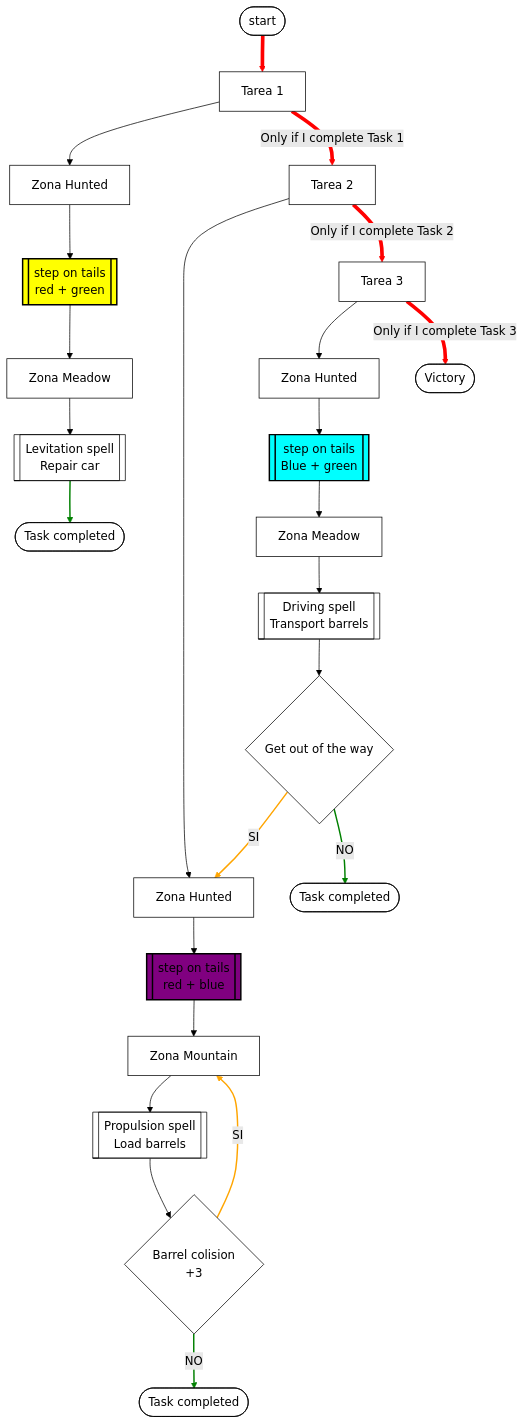
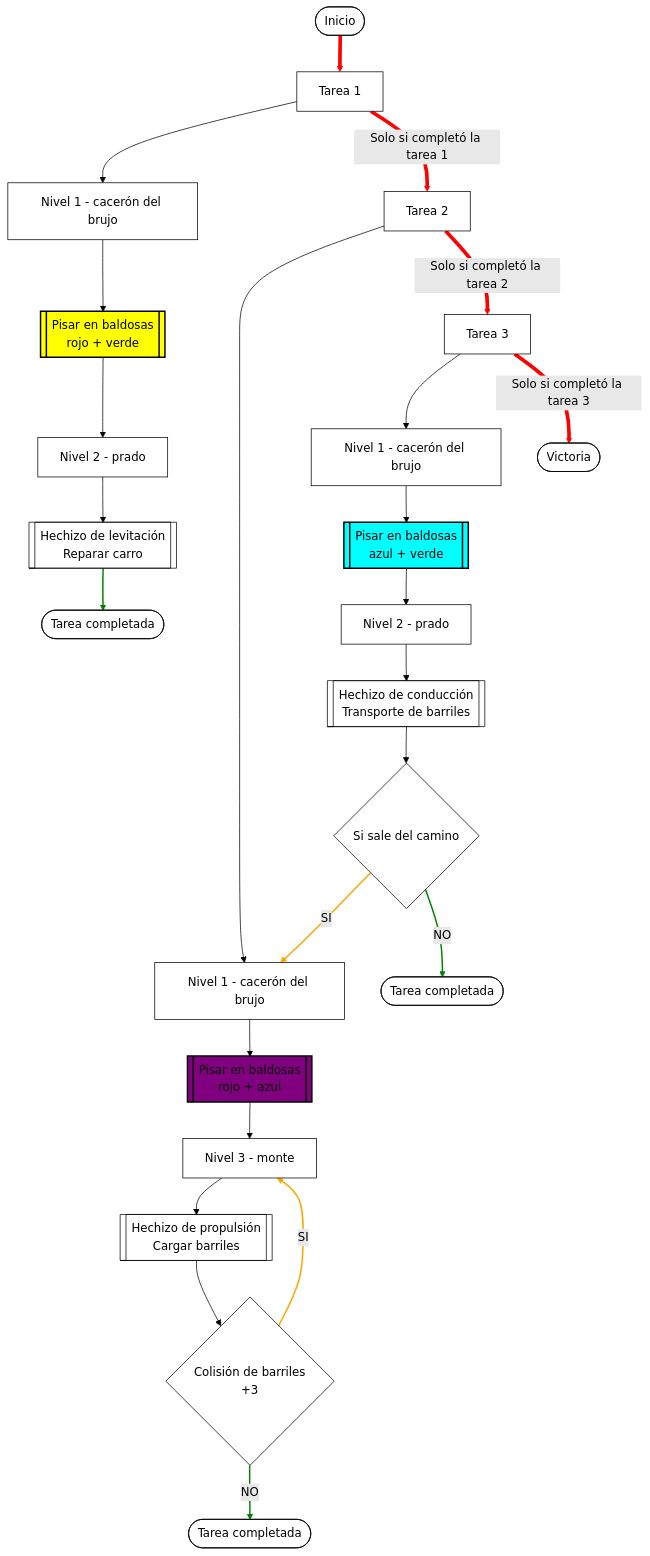
The first of 4 diagrams in README.md (DEV25-G03/DEV25-G03-P2), drawn with Mermaid (forest theme) before and after one commit. The commit also changed other lines of this file, not shown here.

First line of the commit message:
Update diagrams README.md

````diff
--- a/README.md
+++ b/README.md
@@ -56,60 +55,60 @@
 ```mermaid
 flowchart TD
     %% --- Nodos principales ---
-    Start([start])
+    Start([Inicio])
     T1[Tarea 1]
     T2[Tarea 2]
     T3[Tarea 3]
-    Victory([Victory])
+    Victory([Victoria])
 
     %% --- Rama izquierda ---
     Start --> T1
-    T1 --> ZH1[Zona Hunted]
-    ZH1 --> ST1[[step on tails<br>red + green]]
-    ST1 --> ZM1[Zona Meadow]
-    ZM1 --> LS[[Levitation spell<br>Repair car]]
-    LS --> TC1([Task completed])
+    T1 --> ZH1[Nivel 1 - cacerón del brujo]
+    ZH1 --> ST1[[Pisar en baldosas<br>rojo + verde]]
+    ST1 --> ZM1[Nivel 2 - prado]
+    ZM1 --> LS[[Hechizo de levitación<br>Reparar carro]]
+    LS --> TC1([Tarea completada])
 
     %% --- Rama central ---
-    T1 --> |Only if I complete Task 1|T2
-    T2 --> ZH2[Zona Hunted]
-    ZH2 --> ST2[[step on tails<br>red + blue]]
-    ST2 --> ZM2[Zona Mountain]
-    ZM2 --> PS[[Propulsion spell<br>Load barrels]]
-    PS --> BC{Barrel colision<br>+3}
+    T1 --> |Solo si completó la tarea 1|T2
+    T2 --> ZH2[Nivel 1 - cacerón del brujo]
+    ZH2 --> ST2[[Pisar en baldosas<br>rojo + azul]]
+    ST2 --> ZM2[Nivel 3 - monte]
+    ZM2 --> PS[[Hechizo de propulsión<br>Cargar barriles]]
+    PS --> BC{Colisión de barriles<br>+3}
     BC --> |SI| ZM2
-    BC --> |NO| TC2([Task completed])
+    BC --> |NO| TC2([Tarea completada])
 
     %% --- Rama derecha ---
-    T2 --> |Only if I complete Task 2|T3
-    T3 --> ZH3[Zona Hunted]
-    ZH3 --> ST3[[step on tails<br>Blue + green]]
-    ST3 --> ZM3[Zona Meadow]
-    ZM3 --> DS[[Driving spell<br>Transport barrels]]
-    DS --> GW{Get out of the way}
+    T2 --> |Solo si completó la tarea 2|T3
+    T3 --> ZH3[Nivel 1 - cacerón del brujo]
+    ZH3 --> ST3[[Pisar en baldosas<br>azul + verde]]
+    ST3 --> ZM3[Nivel 2 - prado]
+    ZM3 --> DS[[Hechizo de conducción<br>Transporte de barriles]]
+    DS --> GW{Si sale del camino}
     GW --> |SI| ZH2
-    GW --> |NO| TC3([Task completed])
-    T3 --> |Only if I complete Task 3|Victory
+    GW --> |NO| TC3([Tarea completada])
+    T3 --> |Solo si completó la tarea 3|Victory
 
     %% --- Estilo (blanco y negro) ---
     classDef default stroke:#000,fill:#fff,color:#000,stroke-width:1px;
 
     %% Flechas del flujo principal
     linkStyle 0 stroke:red,stroke-width:5px;
     linkStyle 6 stroke:red,stroke-width:5px;
     linkStyle 14 stroke:red,stroke-width:5px;
     linkStyle 22 stroke:red,stroke-width:5px;
 
     %% Flechas del tarea terminada o condicional si/no
     linkStyle 12 stroke:orange,stroke-width:2px;
     linkStyle 20 stroke:orange,stroke-width:2px;
 
     linkStyle 5 stroke:green,stroke-width:2px;
     linkStyle 13 stroke:green,stroke-width:2px;
     linkStyle 21 stroke:green,stroke-width:2px;
 
     %% Flechas del flujo principal
     style ST1 fill:yellow,stroke:black,stroke-width:2px
     style ST2 fill:purple,stroke:black,stroke-width:2px
     style ST3 fill:cyan,stroke:black,stroke-width:2px
 ```
````
